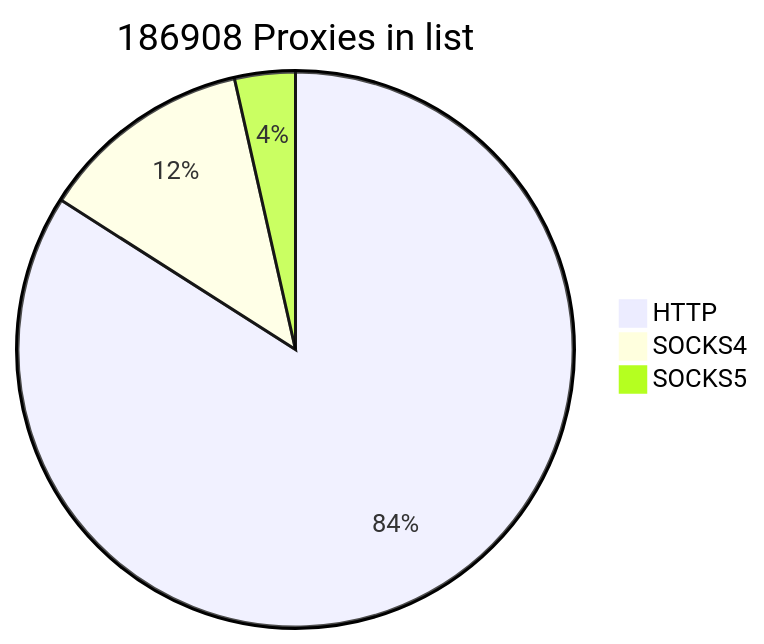
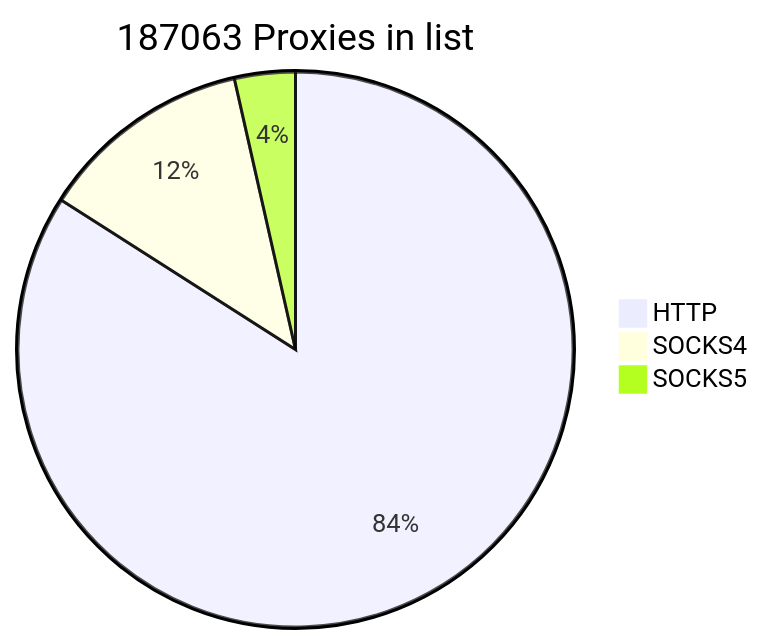
Before and after one commit to cutipu/proxylist: the first of 2 diagrams in README.md, drawn with Mermaid. The commit also changed other lines of this file, not shown here.

````diff
--- a/README.md
+++ b/README.md
@@ -2,7 +2,7 @@
 ```mermaid
-pie title 186908 Proxies in list
-    "HTTP" : 157062
-    "SOCKS4" : 23252
-    "SOCKS5" : 6594
+pie title 187063 Proxies in list
+    "HTTP" : 157210
+    "SOCKS4" : 23243
+    "SOCKS5" : 6610
             
 ```
````
